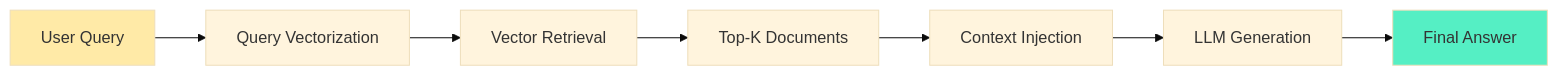
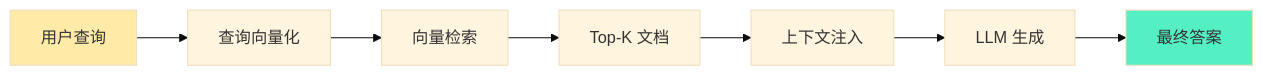
Diagram 12 of 15 in i18n/zh-Hans/docusaurus-plugin-content-docs/current/ai/rag/01-introduction.mdx (YiWang24/AiDIY), drawn with Mermaid (base theme) before and after one commit. The commit also changed other lines of this file and 59 other files, not shown here.

````diff
--- a/i18n/zh-Hans/docusaurus-plugin-content-docs/current/ai/rag/01-introduction.mdx
+++ b/i18n/zh-Hans/docusaurus-plugin-content-docs/current/ai/rag/01-introduction.mdx
@@ -1272,12 +1270,12 @@
 ```mermaid
 flowchart LR
-    A["User Query"] --> B["Query Vectorization"]
-    B --> C["Vector Retrieval"]
-    C --> D["Top-K Documents"]
-    D --> E["Context Injection"]
-    E --> F["LLM Generation"]
-    F --> G["Final Answer"]
+    A["用户查询"] --> B["查询向量化"]
+    B --> C["向量检索"]
+    C --> D["Top-K 文档"]
+    D --> E["上下文注入"]
+    E --> F["LLM 生成"]
+    F --> G["最终答案"]
 
     style A fill:#ffeaa7
     style G fill:#55efc4
 ```
````
